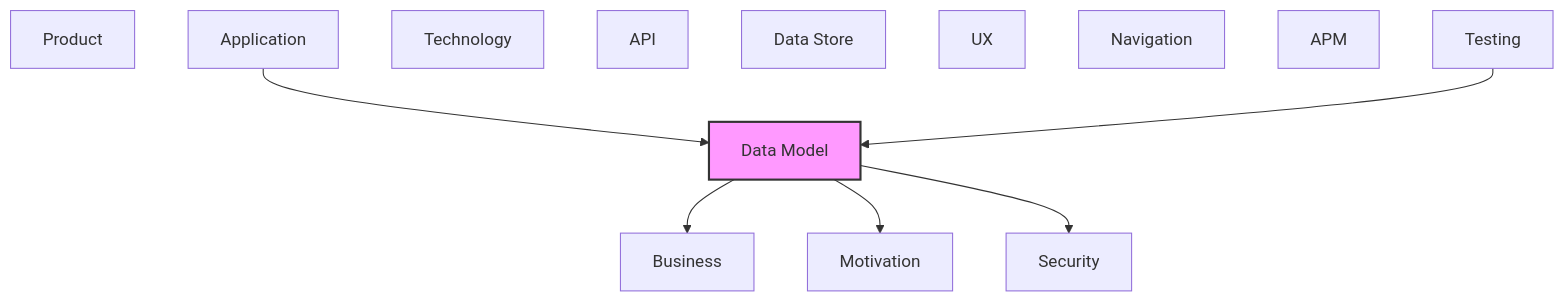
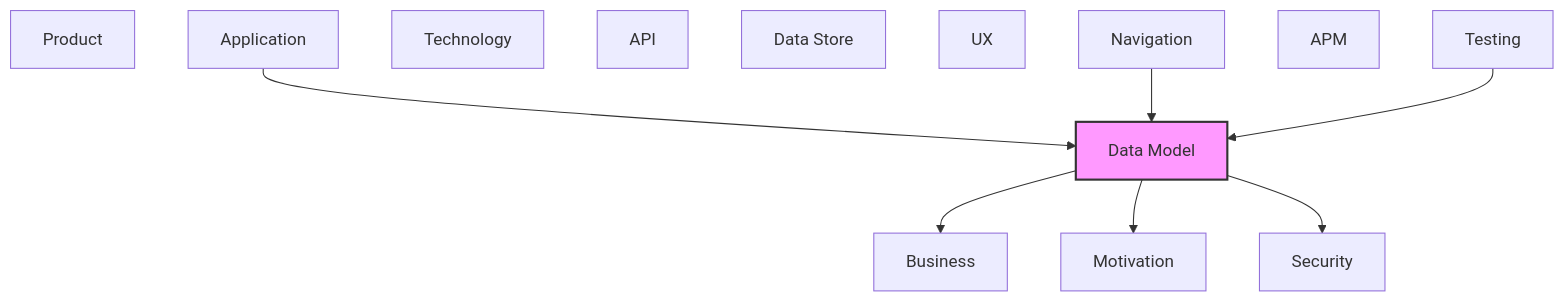
One commit to tinkermonkey/documentation_robotics_viewer changed the diagram in documentation-robotics/reports/08-data-model-layer-report.md. Above: the diagram before and after it, drawn with Mermaid. The commit also changed other lines of this file and 29 other files, not shown here.

````diff
--- a/documentation-robotics/reports/08-data-model-layer-report.md
+++ b/documentation-robotics/reports/08-data-model-layer-report.md
@@ -76,23 +77,24 @@
 ```mermaid
 flowchart TB
   classDef current fill:#f9f,stroke:#333,stroke-width:2px
   motivation["Motivation"]
   business["Business"]
   product["Product"]
   security["Security"]
   application["Application"]
   technology["Technology"]
   api["API"]
   data_model["Data Model"]
   data_store["Data Store"]
   ux["UX"]
   navigation["Navigation"]
   apm["APM"]
   testing["Testing"]
   application --> data_model
   data_model --> business
   data_model --> motivation
   data_model --> security
+  navigation --> data_model
   testing --> data_model
   class data_model current
 ```
````
